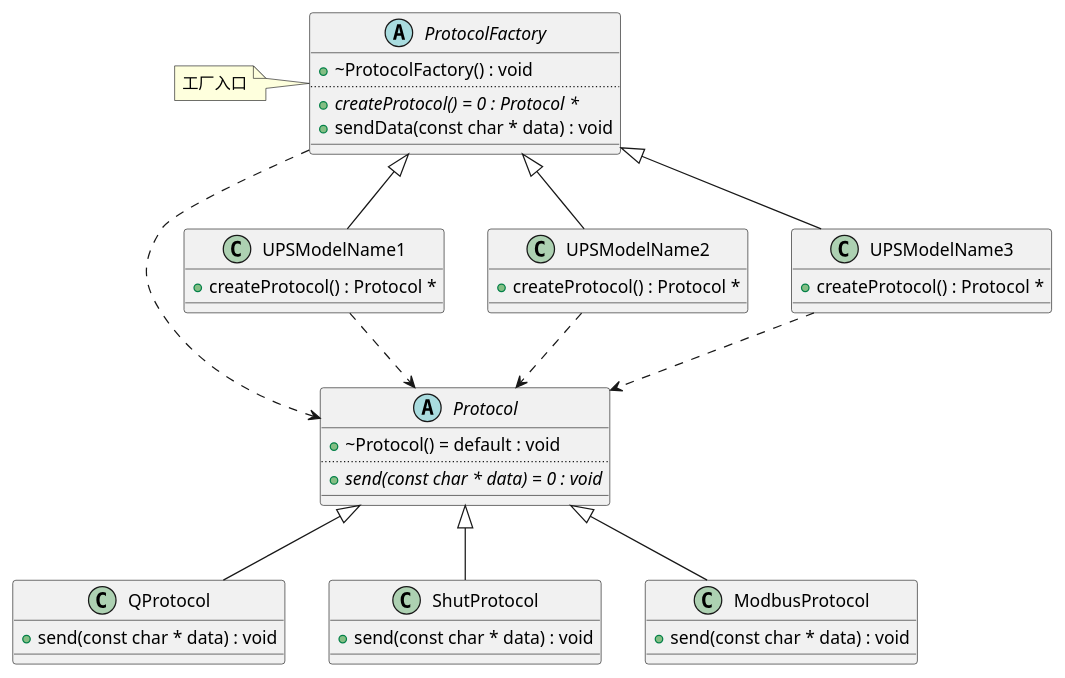
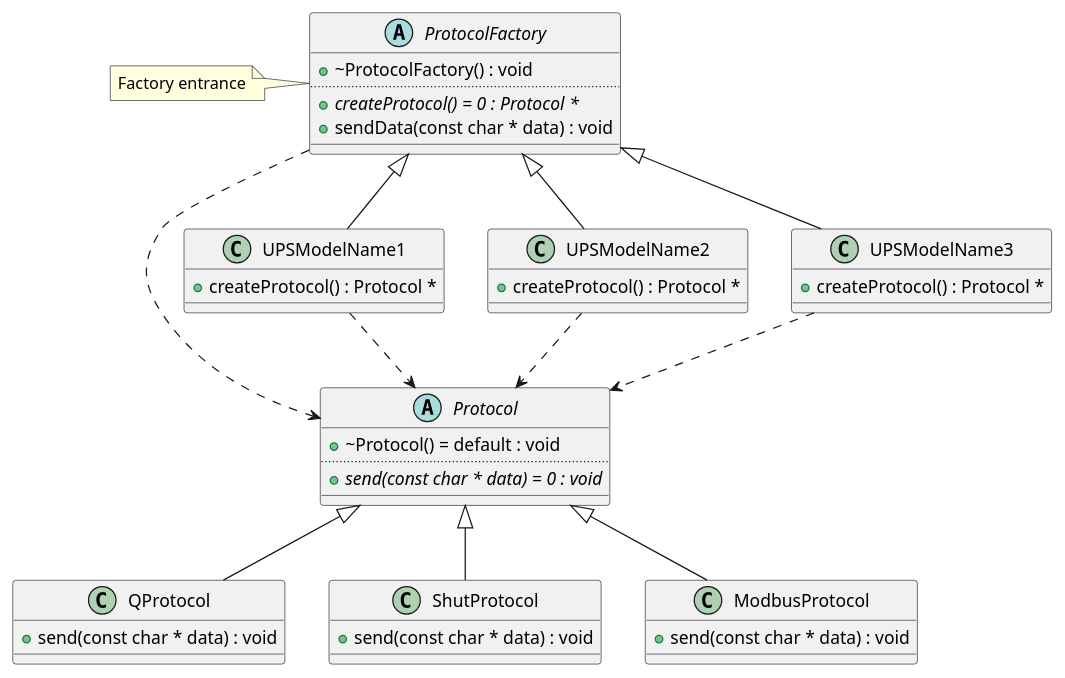
The diagram in diagrams/FactoryMethod_class.puml (haiyunduan-eaton/design-patterns-for-humans), drawn with PlantUML before and after one commit. The commit also changed 5 other files, not shown here.

```diff
--- a/diagrams/FactoryMethod_class.puml
+++ b/diagrams/FactoryMethod_class.puml
@@ -1,67 +1,67 @@
 @startuml
 abstract "Protocol" as C_0018182339080401046621
 abstract C_0018182339080401046621 {
 +~Protocol() = default : void
 ..
 {abstract} +send(const char * data) = 0 : void
 __
 }
 class "QProtocol" as C_0007258646515313362181
 class C_0007258646515313362181 {
 +send(const char * data) : void
 __
 }
 class "ShutProtocol" as C_0002376441575263961422
 class C_0002376441575263961422 {
 +send(const char * data) : void
 __
 }
 class "ModbusProtocol" as C_0011601201801728325318
 class C_0011601201801728325318 {
 +send(const char * data) : void
 __
 }
 abstract "ProtocolFactory" as C_0009710668080765331156
 abstract C_0009710668080765331156 {
 +~ProtocolFactory() : void
 ..
 {abstract} +createProtocol() = 0 : Protocol *
 +sendData(const char * data) : void
 __
 }
 class "UPSModelName1" as C_0001986085043519865939
 class C_0001986085043519865939 {
 +createProtocol() : Protocol *
 __
 }
 class "UPSModelName2" as C_0015450852741109391994
 class C_0015450852741109391994 {
 +createProtocol() : Protocol *
 __
 }
 class "UPSModelName3" as C_0016187170553774926198
 class C_0016187170553774926198 {
 +createProtocol() : Protocol *
 __
 }
 C_0018182339080401046621 <|-- C_0007258646515313362181
 
 C_0018182339080401046621 <|-- C_0002376441575263961422
 
 C_0018182339080401046621 <|-- C_0011601201801728325318
 
 C_0009710668080765331156 ..> C_0018182339080401046621
 C_0001986085043519865939 ..> C_0018182339080401046621
 C_0009710668080765331156 <|-- C_0001986085043519865939
 
 C_0015450852741109391994 ..> C_0018182339080401046621
 C_0009710668080765331156 <|-- C_0015450852741109391994
 
 C_0016187170553774926198 ..> C_0018182339080401046621
 C_0009710668080765331156 <|-- C_0016187170553774926198
 
-note left of C_0009710668080765331156: 工厂入口
+note left of C_0009710668080765331156: Factory entrance
 
 'Generated with clang-uml, version 0.5.4-14-ga36f4ca
 'LLVM version Ubuntu clang version 14.0.0-1ubuntu1.1
 @enduml
```
